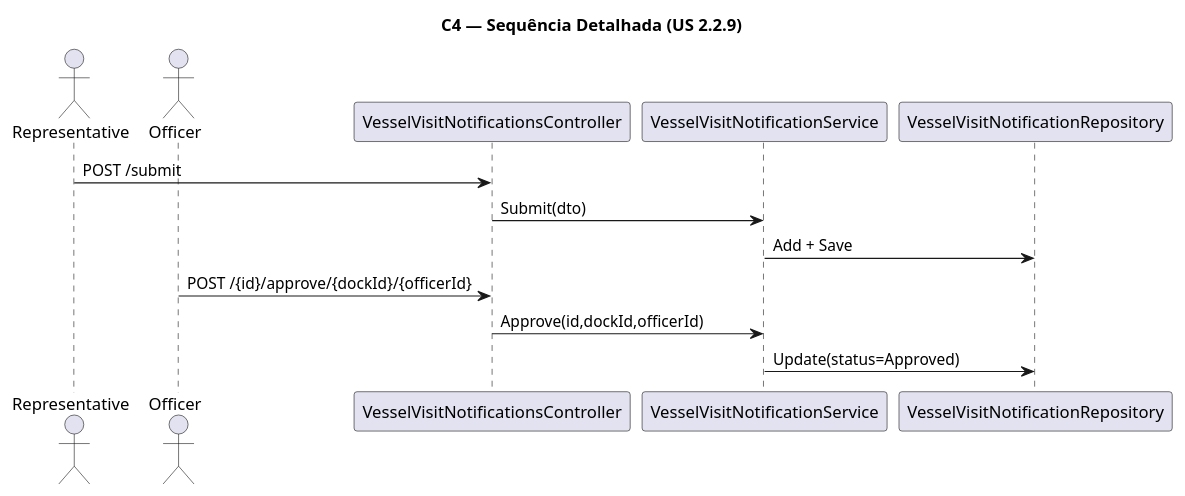
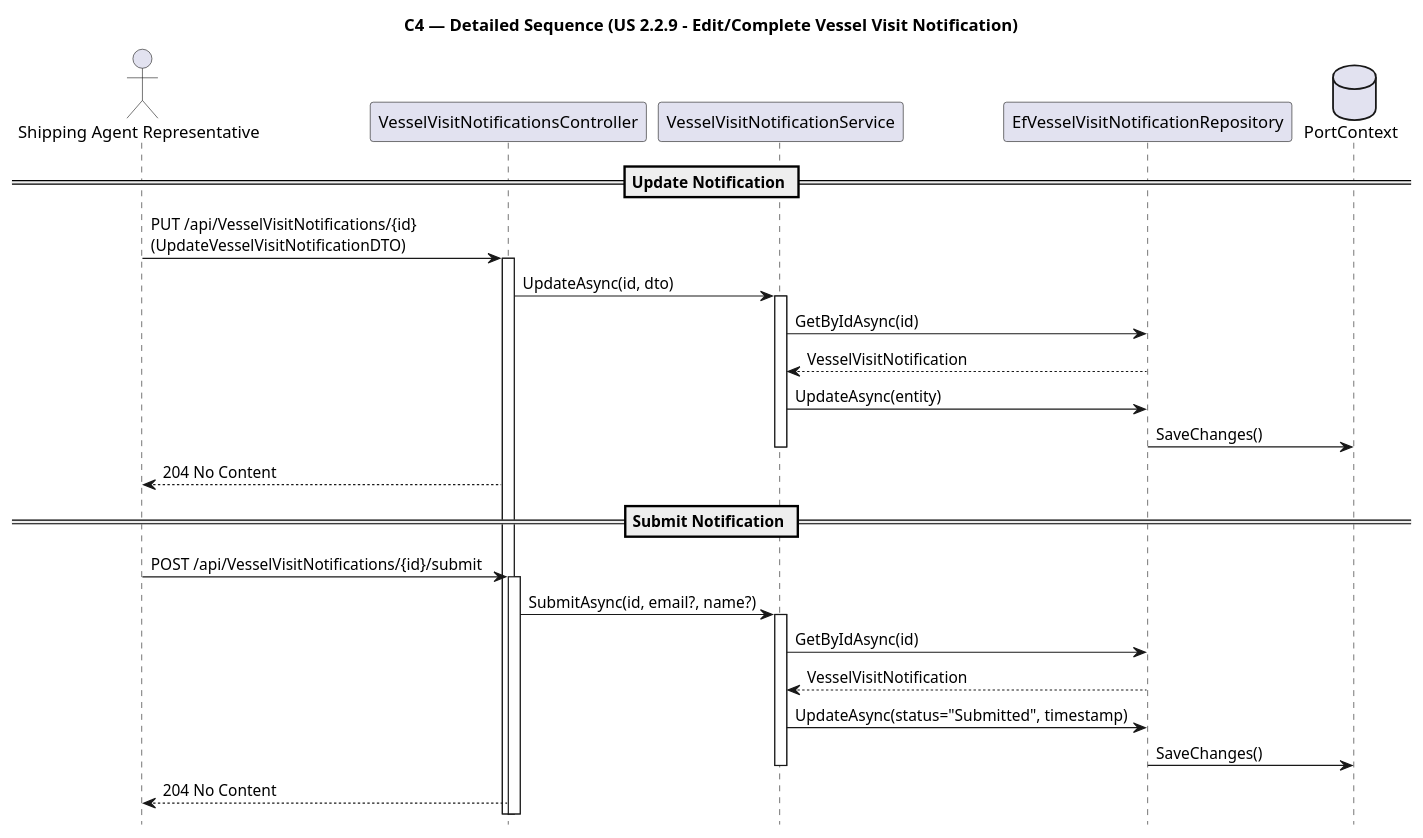
The diagram in Docs/Sprint A/US 2.2.9/Modelo C4/C4_Processos.puml (Departamento-de-Engenharia-Informatica/LEI-SEM5-PI-2025-26-3DM-03), drawn with PlantUML before and after one commit. The commit also changed other lines of this file and 12 other files, not shown here.

Commit message:
Refactor UML diagrams for Vessel Visit Notifications #10

```diff
--- a/Docs/Sprint A/US 2.2.9/Modelo C4/C4_Processos.puml
+++ b/Docs/Sprint A/US 2.2.9/Modelo C4/C4_Processos.puml
@@ -2,15 +1,35 @@
 @startuml C4_Processos
-title C4 — Sequência Detalhada (US 2.2.9)
+title C4 — Detailed Sequence (US 2.2.9 – Edit/Complete Vessel Visit Notification)
+hide footbox
 
-actor Representative
-actor Officer
+actor "Shipping Agent Representative" as Rep
+participant "VesselVisitNotificationsController" as Controller
+participant "VesselVisitNotificationService" as Service
+participant "EfVesselVisitNotificationRepository" as Repo
+database "PortContext" as Db
 
-Representative -> VesselVisitNotificationsController : POST /submit
-VesselVisitNotificationsController -> VesselVisitNotificationService : Submit(dto)
-VesselVisitNotificationService -> VesselVisitNotificationRepository : Add + Save
+== Update Notification ==
+Rep -> Controller : PUT /api/VesselVisitNotifications/{id}\n(UpdateVesselVisitNotificationDTO)
+activate Controller
+Controller -> Service : UpdateAsync(id, dto)
+activate Service
+Service -> Repo : GetByIdAsync(id)
+Repo --> Service : VesselVisitNotification
+Service -> Repo : UpdateAsync(entity)
+Repo -> Db : SaveChanges()
+deactivate Service
+Controller --> Rep : 204 No Content
 
-Officer -> VesselVisitNotificationsController : POST /{id}/approve/{dockId}/{officerId}
-VesselVisitNotificationsController -> VesselVisitNotificationService : Approve(id,dockId,officerId)
-VesselVisitNotificationService -> VesselVisitNotificationRepository : Update(status=Approved)
+== Submit Notification ==
+Rep -> Controller : POST /api/VesselVisitNotifications/{id}/submit
+activate Controller
+Controller -> Service : SubmitAsync(id, email?, name?)
+activate Service
+Service -> Repo : GetByIdAsync(id)
+Repo --> Service : VesselVisitNotification
+Service -> Repo : UpdateAsync(status="Submitted", timestamp)
+Repo -> Db : SaveChanges()
+deactivate Service
+Controller --> Rep : 204 No Content
 
 @enduml
```
